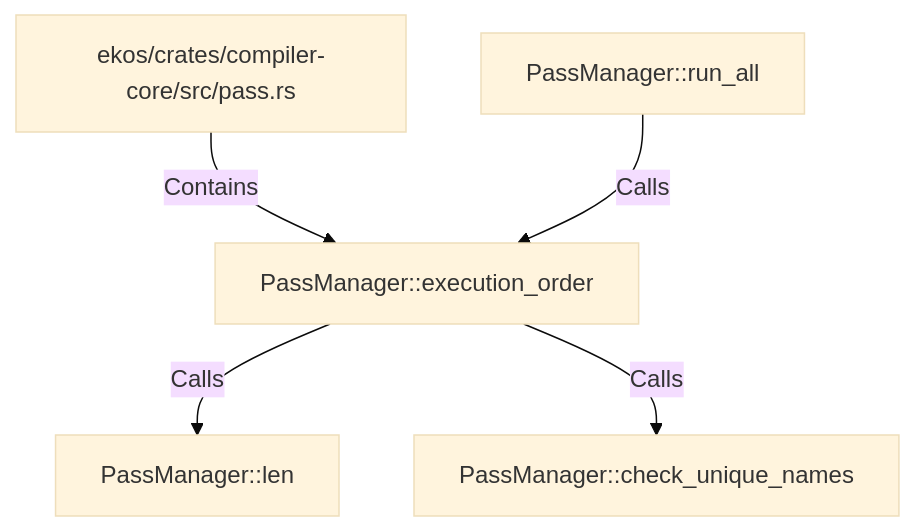
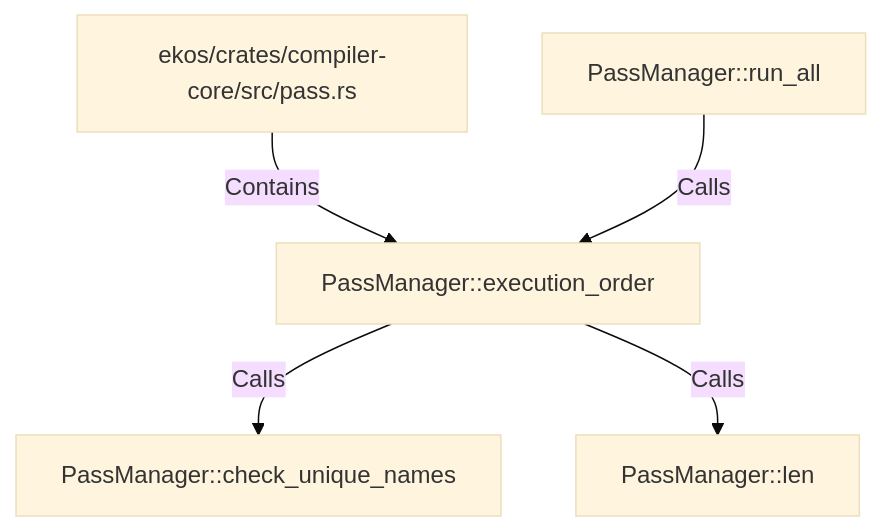
One commit to alexeyban/EKOS changed the diagram in doc/entities/rustsymbol/pa/passmanager-execution-order.md. Above: the diagram before and after it, drawn with Mermaid (base theme). The commit also changed other lines of this file and 552 other files, not shown here.

````diff
--- a/doc/entities/rustsymbol/pa/passmanager-execution-order.md
+++ b/doc/entities/rustsymbol/pa/passmanager-execution-order.md
@@ -23,12 +23,12 @@
 ```mermaid
 graph TD
     n293e83a5d93e54cf957a3cc539a369fe["PassManager::execution_order"]
     n5189d0a23e2b529eadbf3984a77be404["ekos/crates/compiler-core/src/pass.rs"]
     n5189d0a23e2b529eadbf3984a77be404 -->|Contains| n293e83a5d93e54cf957a3cc539a369fe
+    n523e017fa17a520e925d295f0abfb465["PassManager::check_unique_names"]
+    n293e83a5d93e54cf957a3cc539a369fe -->|Calls| n523e017fa17a520e925d295f0abfb465
     n621f7d1a9bff502d9e321f7cbefd68e8["PassManager::len"]
     n293e83a5d93e54cf957a3cc539a369fe -->|Calls| n621f7d1a9bff502d9e321f7cbefd68e8
-    n523e017fa17a520e925d295f0abfb465["PassManager::check_unique_names"]
-    n293e83a5d93e54cf957a3cc539a369fe -->|Calls| n523e017fa17a520e925d295f0abfb465
     n3e578779ba09580a9d6d8319115114de["PassManager::run_all"]
     n3e578779ba09580a9d6d8319115114de -->|Calls| n293e83a5d93e54cf957a3cc539a369fe
 ```
````
